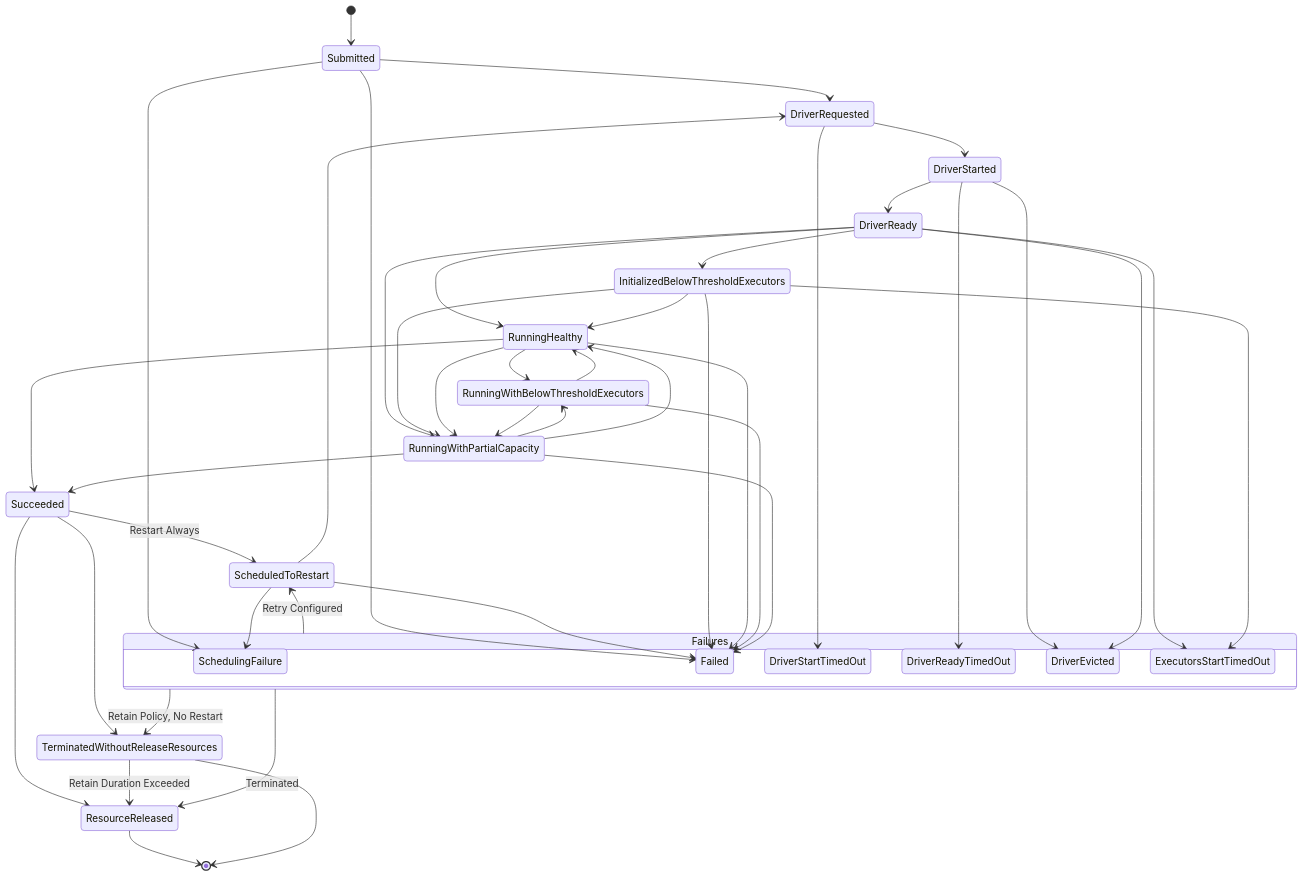
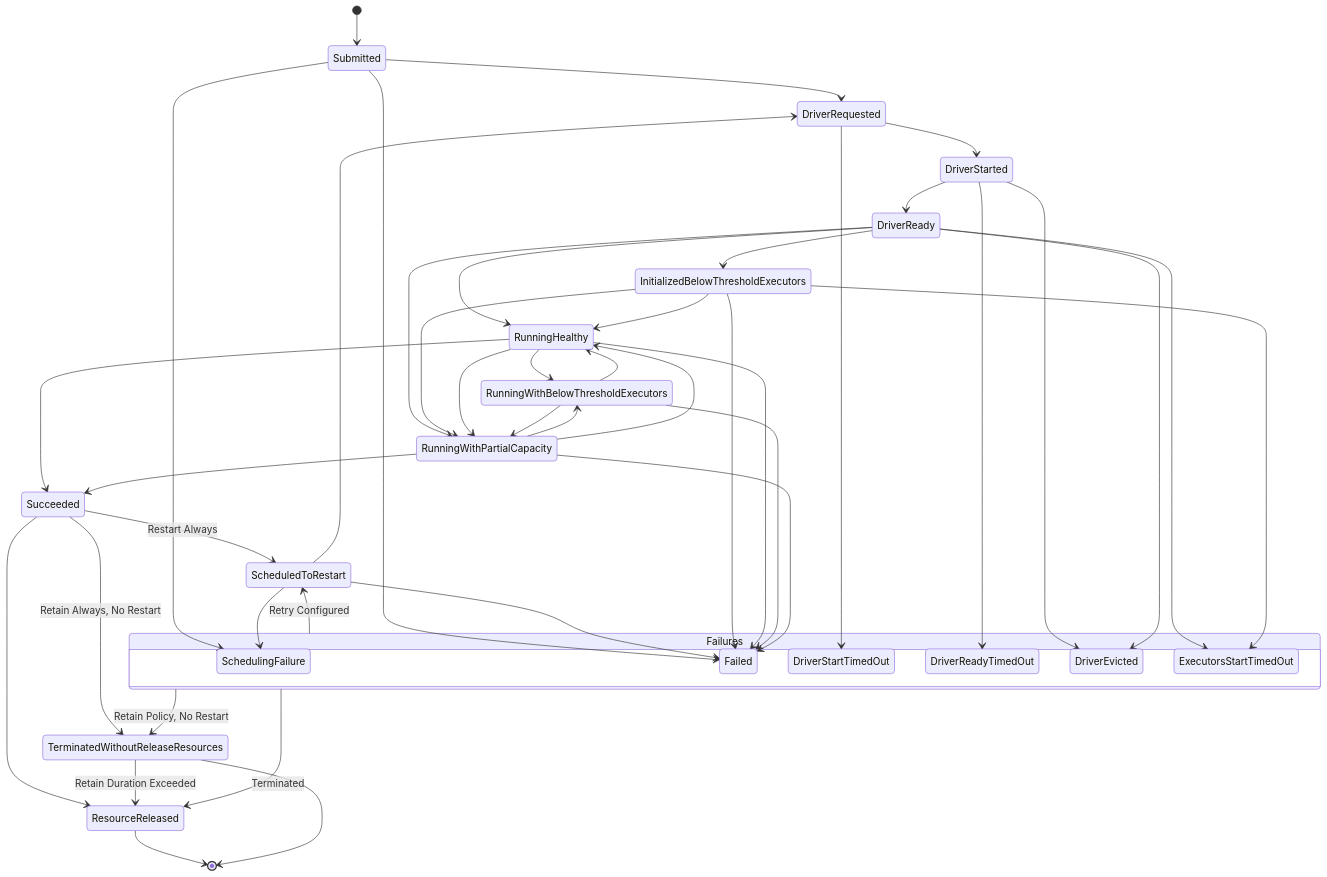
The second of 3 diagrams in docs/architecture.md (apache/spark-kubernetes-operator), drawn with Mermaid before and after one commit. The commit also changed 1 other file, not shown here.

Commit message:
Address comments

````diff
--- a/docs/architecture.md
+++ b/docs/architecture.md
@@ -96,67 +96,67 @@
 ```mermaid
 stateDiagram-v2
 
     [*] --> Submitted
 
     Submitted --> DriverRequested
     Submitted --> SchedulingFailure
     Submitted --> Failed
 
     ScheduledToRestart --> DriverRequested
     ScheduledToRestart --> SchedulingFailure
     ScheduledToRestart --> Failed
 
     DriverRequested --> DriverStarted
     DriverRequested --> DriverStartTimedOut
 
     DriverStarted --> DriverReady
     DriverStarted --> DriverReadyTimedOut
     DriverStarted --> DriverEvicted
 
     DriverReady --> RunningHealthy
     DriverReady --> InitializedBelowThresholdExecutors
     DriverReady --> RunningWithPartialCapacity
     DriverReady --> ExecutorsStartTimedOut
     DriverReady --> DriverEvicted
 
     InitializedBelowThresholdExecutors --> RunningHealthy
     InitializedBelowThresholdExecutors --> RunningWithPartialCapacity
     InitializedBelowThresholdExecutors --> ExecutorsStartTimedOut
     InitializedBelowThresholdExecutors --> Failed
 
     RunningHealthy --> Succeeded
     RunningHealthy --> RunningWithBelowThresholdExecutors
     RunningHealthy --> RunningWithPartialCapacity
     RunningHealthy --> Failed
 
     RunningWithBelowThresholdExecutors --> RunningWithPartialCapacity
     RunningWithBelowThresholdExecutors --> RunningHealthy
     RunningWithBelowThresholdExecutors --> Failed
 
     RunningWithPartialCapacity --> RunningWithBelowThresholdExecutors
     RunningWithPartialCapacity --> RunningHealthy
     RunningWithPartialCapacity --> Succeeded
     RunningWithPartialCapacity --> Failed
 
     state Failures {
         SchedulingFailure
         DriverStartTimedOut
         DriverReadyTimedOut
         ExecutorsStartTimedOut
         DriverEvicted
         Failed
     }
 
     Failures --> ScheduledToRestart : Retry Configured
     Failures --> ResourceReleased : Terminated
 
     Succeeded --> ScheduledToRestart : Restart Always
     Succeeded --> ResourceReleased
     ResourceReleased --> [*]
 
     %% Place TerminatedWithoutReleaseResources further to avoid overlap
     Failures --> TerminatedWithoutReleaseResources : Retain Policy, No Restart
-    Succeeded --> TerminatedWithoutReleaseResources
+    Succeeded --> TerminatedWithoutReleaseResources : Retain Always, No Restart
     TerminatedWithoutReleaseResources --> ResourceReleased : Retain Duration Exceeded
     TerminatedWithoutReleaseResources --> [*]
 ```
````
